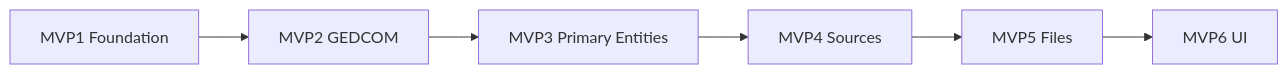
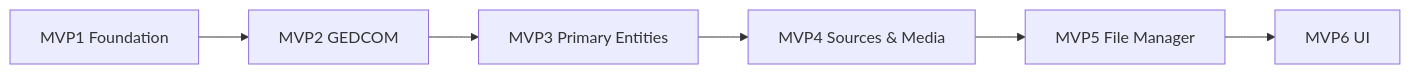
One commit to vata-apps/vata-app changed the diagram in docs/product/roadmap.md. Above: the diagram before and after it, drawn with Mermaid. The commit also changed other lines of this file and 12 other files, not shown here.

First line of the commit message:
docs: merge MVP4+5 into source-centric workflow with media

````diff
--- a/docs/product/roadmap.md
+++ b/docs/product/roadmap.md
@@ -7,8 +7,8 @@
 ```mermaid
 graph LR
     MVP1[MVP1 Foundation] --> MVP2[MVP2 GEDCOM]
     MVP2 --> MVP3[MVP3 Primary Entities]
-    MVP3 --> MVP4[MVP4 Sources]
-    MVP4 --> MVP5[MVP5 Files]
+    MVP3 --> MVP4[MVP4 Sources & Media]
+    MVP4 --> MVP5[MVP5 File Manager]
     MVP5 --> MVP6[MVP6 UI]
 ```
````
